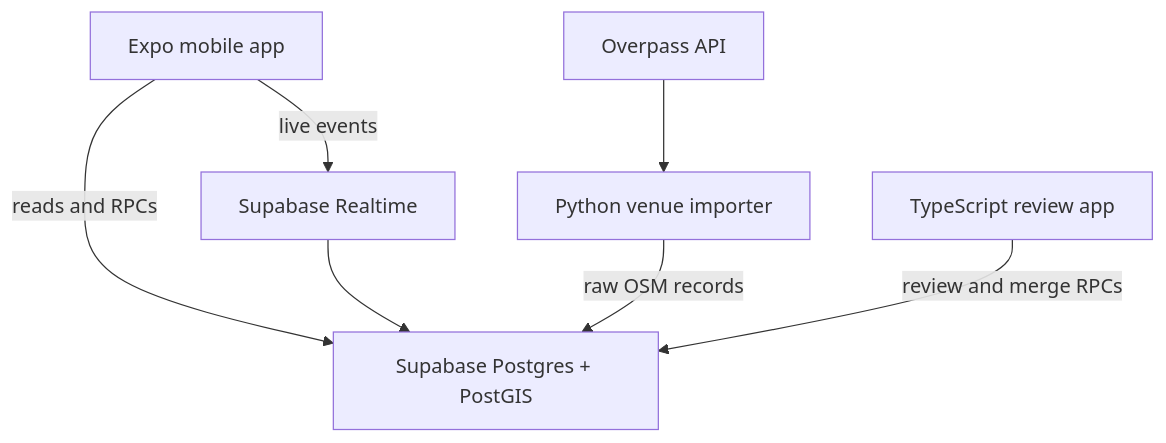
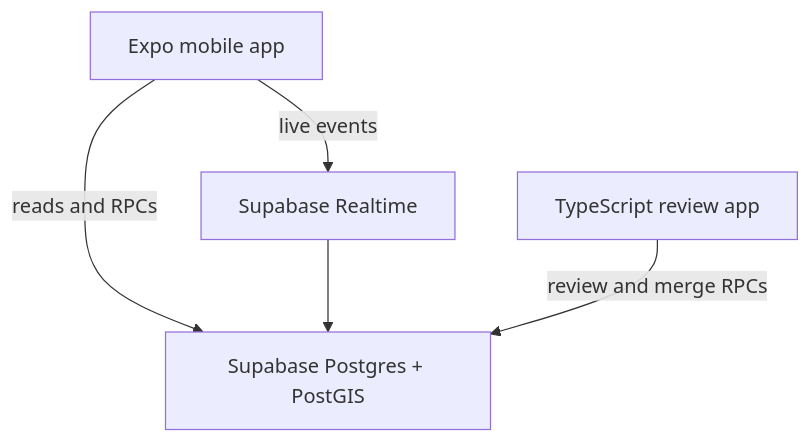
The diagram in docs/architecture.md (astoncodes/SportsApp), drawn with Mermaid before and after one commit. The commit also changed other lines of this file and 32 other files, not shown here.

````diff
--- a/docs/architecture.md
+++ b/docs/architecture.md
@@ -14,9 +14,7 @@
 ```mermaid
 flowchart TD
     Mobile["Expo mobile app"] -->|reads and RPCs| DB["Supabase Postgres + PostGIS"]
     Mobile -->|live events| RT["Supabase Realtime"]
     RT --> DB
-    Importer["Python venue importer"] -->|raw OSM records| DB
     Admin["TypeScript review app"] -->|review and merge RPCs| DB
-    Overpass["Overpass API"] --> Importer
 ```
````
